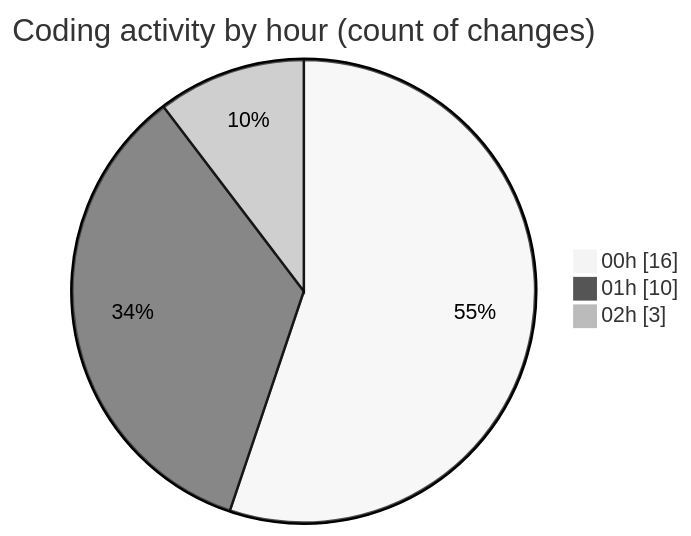
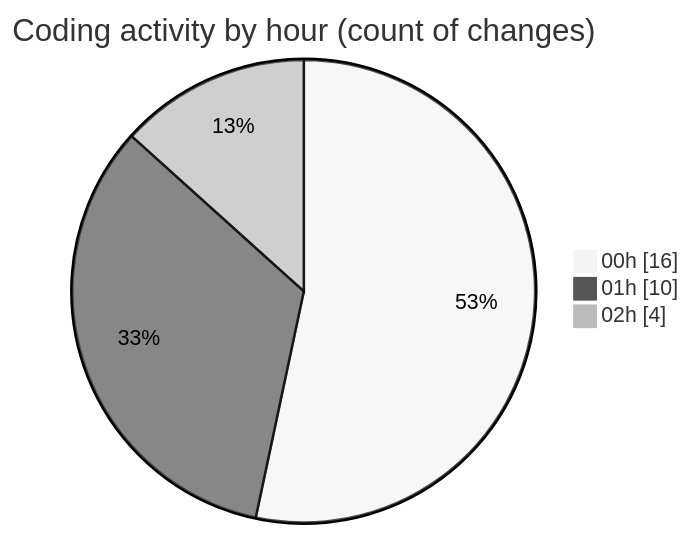
The second of 2 diagrams in 2025-11-01/weather_insights_app/README.md (donsfak/code-tracking), drawn with Mermaid (neutral theme) before and after one commit. The commit also changed other lines of this file and 1 other file, not shown here.

````diff
--- a/2025-11-01/weather_insights_app/README.md
+++ b/2025-11-01/weather_insights_app/README.md
@@ -38,7 +38,7 @@
 ```mermaid
 pie showData
 title Coding activity by hour (count of changes)
 "00h" : 16
 "01h" : 10
-"02h" : 3
+"02h" : 4
 ```
````
